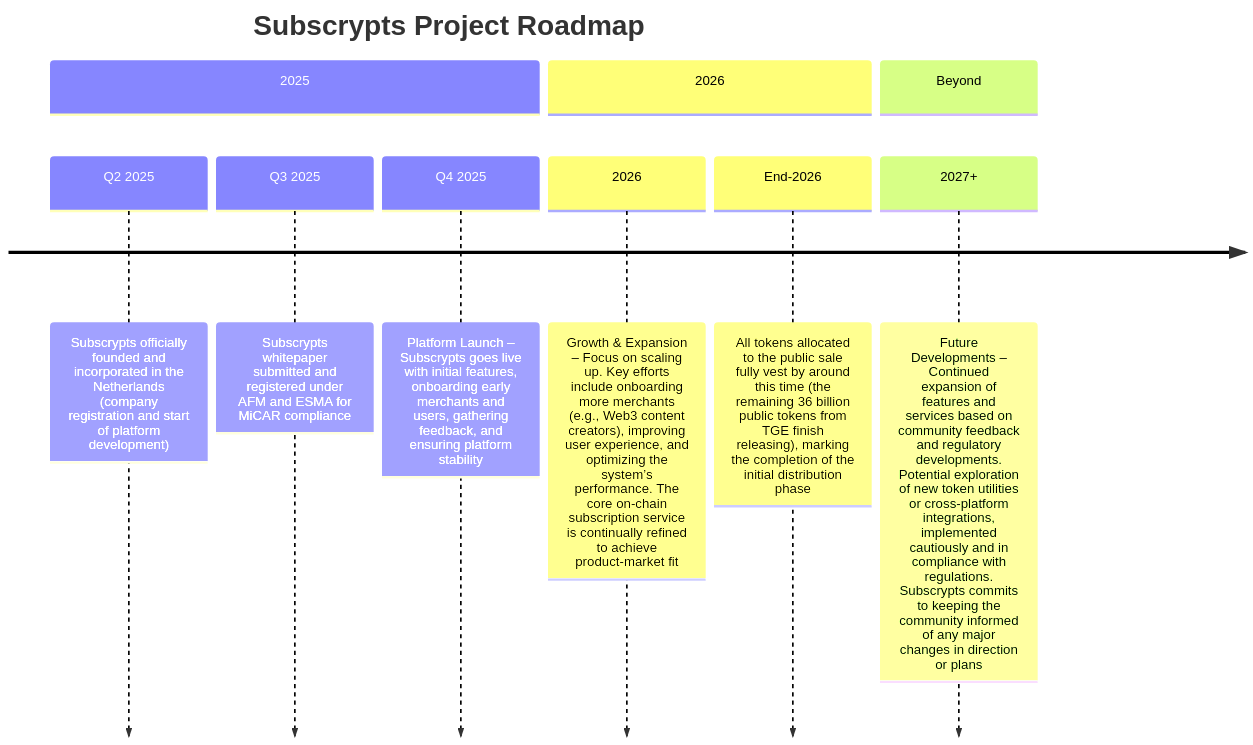
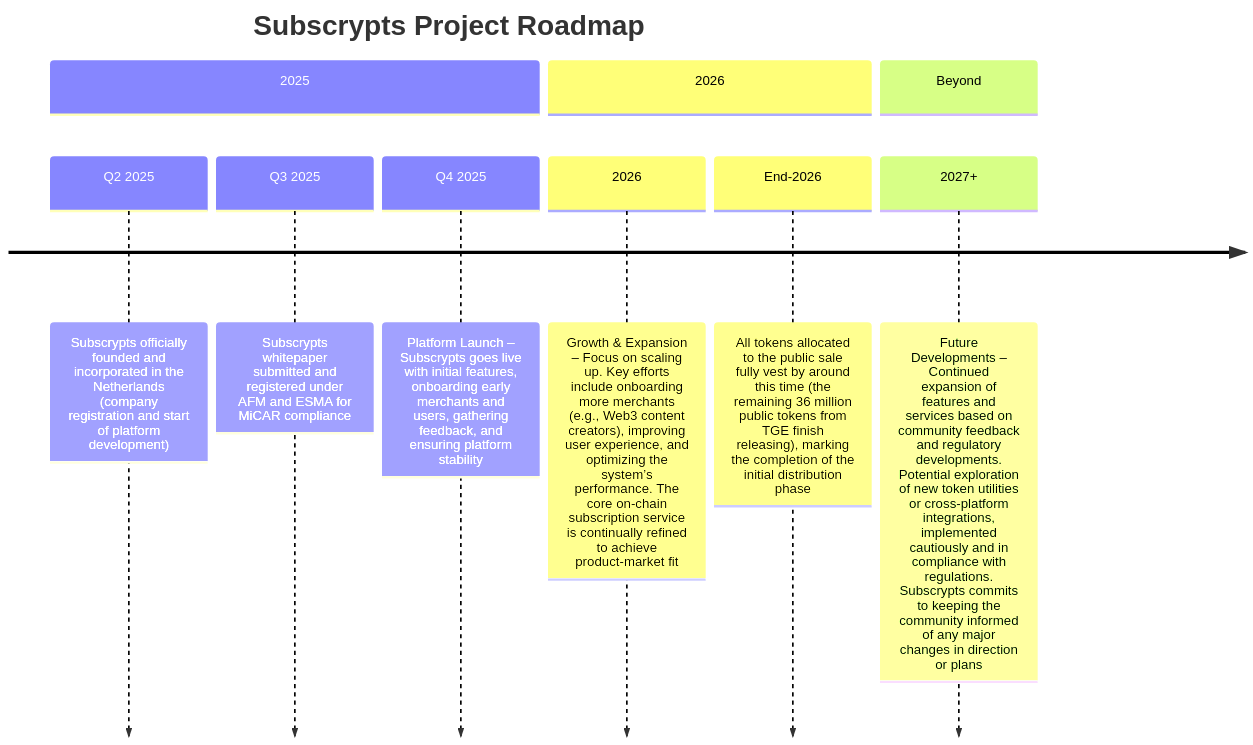
Before and after one commit to Subscrypts/Docs: the diagram in subscrypts/09-roadmap.md, drawn with Mermaid.

````diff
--- a/subscrypts/09-roadmap.md
+++ b/subscrypts/09-roadmap.md
@@ -17,13 +17,13 @@
 ```mermaid
 timeline
     title Subscrypts Project Roadmap
     section 2025
         Q2 2025: Subscrypts officially founded and incorporated in the Netherlands (company registration and start of platform development)
         Q3 2025: Subscrypts whitepaper submitted and registered under AFM and ESMA for MiCAR compliance
         Q4 2025: Platform Launch – Subscrypts goes live with initial features, onboarding early merchants and users, gathering feedback, and ensuring platform stability
     section 2026
         2026: Growth & Expansion – Focus on scaling up. Key efforts include onboarding more merchants (e.g., Web3 content creators), improving user experience, and optimizing the system’s performance. The core on-chain subscription service is continually refined to achieve product-market fit
-        End-2026: All tokens allocated to the public sale fully vest by around this time (the remaining 36 billion public tokens from TGE finish releasing), marking the completion of the initial distribution phase
+        End-2026: All tokens allocated to the public sale fully vest by around this time (the remaining 36 million public tokens from TGE finish releasing), marking the completion of the initial distribution phase
     section Beyond
         2027+: Future Developments – Continued expansion of features and services based on community feedback and regulatory developments. Potential exploration of new token utilities or cross-platform integrations, implemented cautiously and in compliance with regulations. Subscrypts commits to keeping the community informed of any major changes in direction or plans
 ```
````
